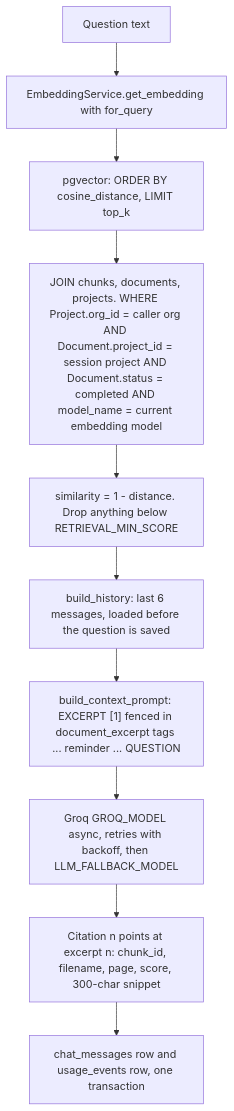
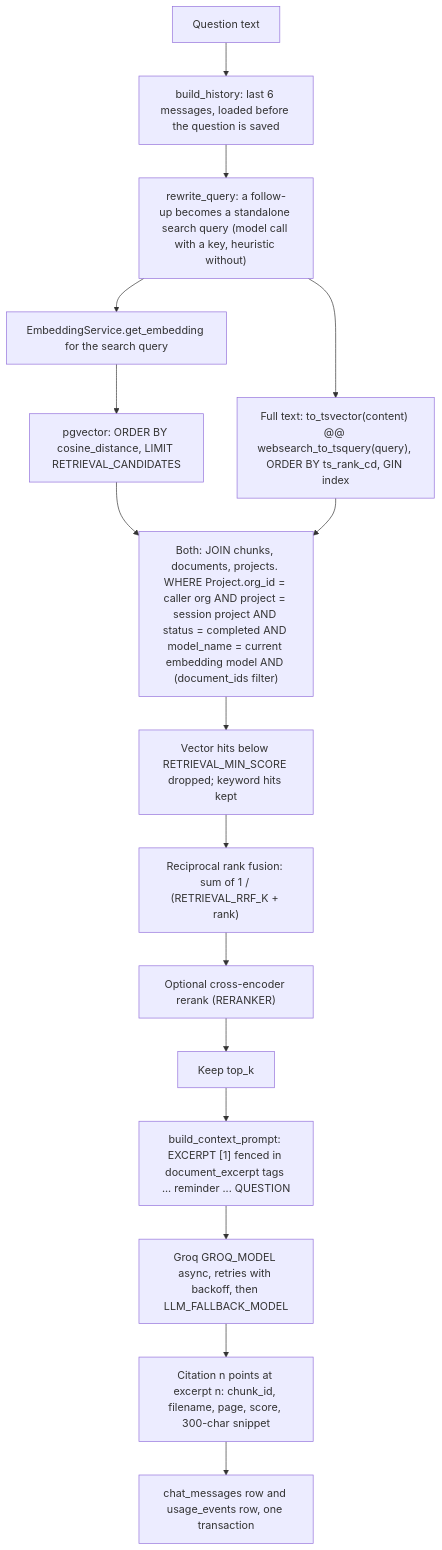
Before and after one commit to dhanoliya-ji/DOCMINDS: the eighth of 16 diagrams in docs/ARCHITECTURE.md, drawn with Mermaid. The commit also changed other lines of this file and 52 other files, not shown here.

Commit message:
feat(batch2): streaming, chat history, CRUD, PDF viewer, hybrid search, filters, bulk upload, export, eval harness

````diff
--- a/docs/ARCHITECTURE.md
+++ b/docs/ARCHITECTURE.md
@@ -447,12 +456,18 @@
 ```mermaid
 flowchart TD
-    Q["Question text"] --> EQ["EmbeddingService.get_embedding with for_query"]
-    EQ --> SQL["pgvector: ORDER BY cosine_distance, LIMIT top_k"]
-    SQL --> SCOPE["JOIN chunks, documents, projects. WHERE Project.org_id = caller org AND Document.project_id = session project AND Document.status = completed AND model_name = current embedding model"]
-    SCOPE --> SCORE["similarity = 1 - distance. Drop anything below RETRIEVAL_MIN_SCORE"]
-    SCORE --> HIST["build_history: last 6 messages, loaded before the question is saved"]
-    HIST --> PROMPT["build_context_prompt: EXCERPT [1] fenced in document_excerpt tags ... reminder ... QUESTION"]
+    Q["Question text"] --> HIST["build_history: last 6 messages, loaded before the question is saved"]
+    HIST --> RW["rewrite_query: a follow-up becomes a standalone search query (model call with a key, heuristic without)"]
+    RW --> EQ["EmbeddingService.get_embedding for the search query"]
+    EQ --> SQL["pgvector: ORDER BY cosine_distance, LIMIT RETRIEVAL_CANDIDATES"]
+    RW --> FTS["Full text: to_tsvector(content) @@ websearch_to_tsquery(query), ORDER BY ts_rank_cd, GIN index"]
+    SQL --> SCOPE["Both: JOIN chunks, documents, projects. WHERE Project.org_id = caller org AND project = session project AND status = completed AND model_name = current embedding model AND (document_ids filter)"]
+    FTS --> SCOPE
+    SCOPE --> SCORE["Vector hits below RETRIEVAL_MIN_SCORE dropped; keyword hits kept"]
+    SCORE --> RRF["Reciprocal rank fusion: sum of 1 / (RETRIEVAL_RRF_K + rank)"]
+    RRF --> RR["Optional cross-encoder rerank (RERANKER)"]
+    RR --> TOPK["Keep top_k"]
+    TOPK --> PROMPT["build_context_prompt: EXCERPT [1] fenced in document_excerpt tags ... reminder ... QUESTION"]
     PROMPT --> LLM["Groq GROQ_MODEL async, retries with backoff, then LLM_FALLBACK_MODEL"]
     LLM --> CITE["Citation n points at excerpt n: chunk_id, filename, page, score, 300-char snippet"]
     CITE --> PERSIST["chat_messages row and usage_events row, one transaction"]
 ```
````
